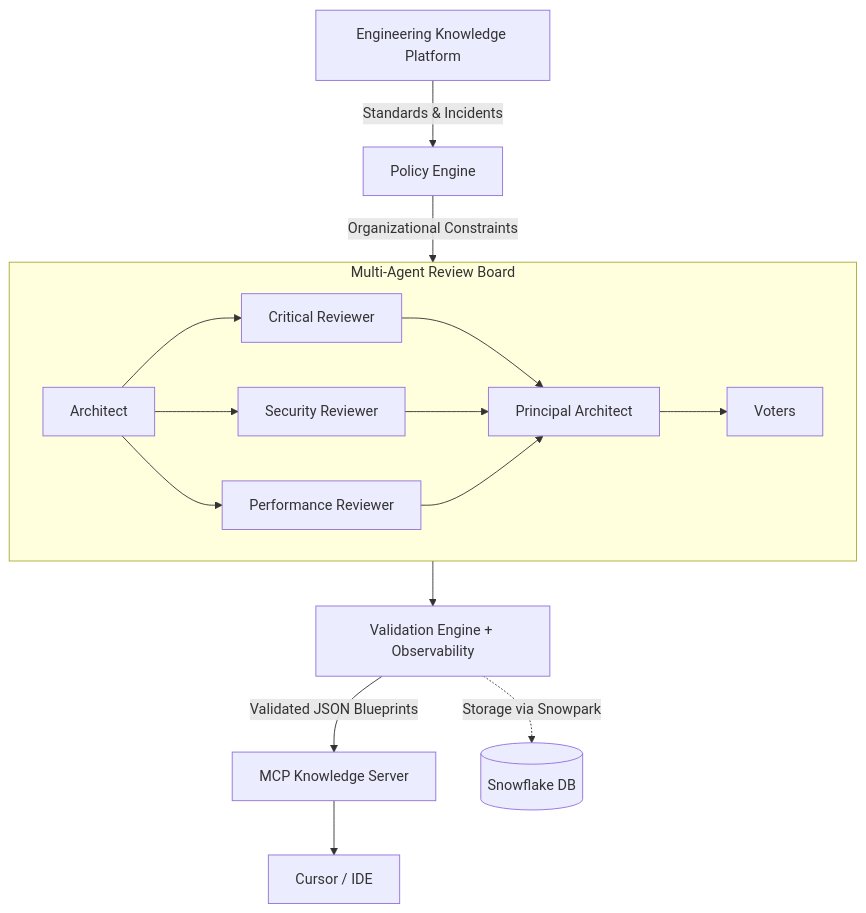
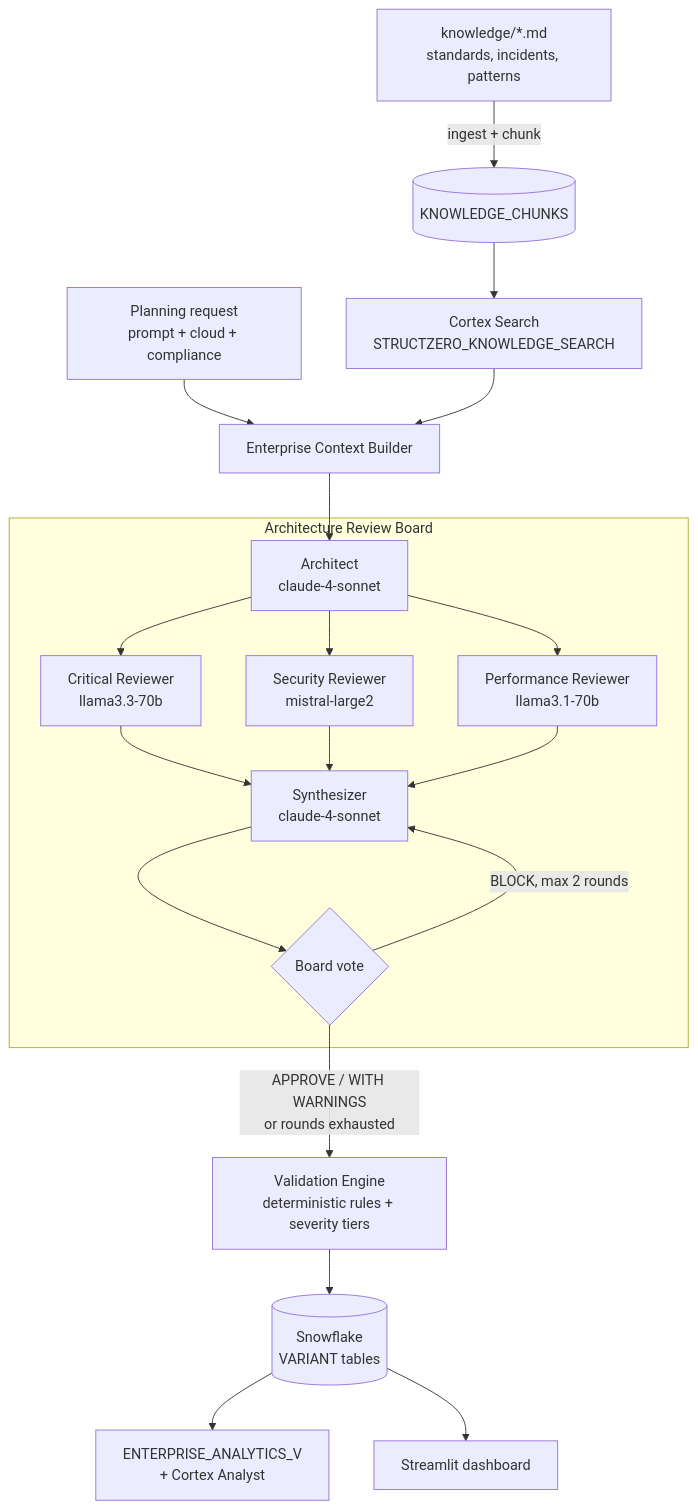
The diagram in README.md (vishalvermauts/StructZero-Enterprise-Engineering-Intelligence-Platform), drawn with Mermaid before and after one commit. The commit also changed other lines of this file and 25 other files, not shown here.

````diff
--- a/README.md
+++ b/README.md
@@ -11,20 +55,25 @@
 ```mermaid
 flowchart TD
-    KP[Engineering Knowledge Platform] -->|Standards & Incidents| PE[Policy Engine]
-    PE -->|Organizational Constraints| ARB[Enterprise Architecture Review Board]
-    
-    subgraph ARB [Multi-Agent Review Board]
-        A[Architect] --> CR[Critical Reviewer]
-        A --> SR[Security Reviewer]
-        A --> PR[Performance Reviewer]
-        CR --> PA[Principal Architect]
-        SR --> PA
-        PR --> PA
-        PA --> V[Voters]
+    KB[knowledge/*.md<br/>standards, incidents, patterns] -->|ingest + chunk| KC[(KNOWLEDGE_CHUNKS)]
+    KC --> CS[Cortex Search<br/>STRUCTZERO_KNOWLEDGE_SEARCH]
+    REQ[Planning request<br/>prompt + cloud + compliance] --> CTX[Enterprise Context Builder]
+    CS --> CTX
+
+    CTX --> ARCH[Architect<br/>claude-4-sonnet]
+
+    subgraph BOARD [Architecture Review Board]
+        ARCH --> CR[Critical Reviewer<br/>llama3.3-70b]
+        ARCH --> SR[Security Reviewer<br/>mistral-large2]
+        ARCH --> PR[Performance Reviewer<br/>llama3.1-70b]
+        CR --> SYN[Synthesizer<br/>claude-4-sonnet]
+        SR --> SYN
+        PR --> SYN
+        SYN --> VOTE{Board vote}
+        VOTE -->|BLOCK, max 2 rounds| SYN
     end
-    
-    ARB --> VE[Validation Engine + Observability]
-    VE -->|Validated JSON Blueprints| MCP[MCP Knowledge Server]
-    VE -.->|Storage via Snowpark| SF[(Snowflake DB)]
-    MCP --> IDE[Cursor / IDE]
+
+    VOTE -->|APPROVE / WITH WARNINGS<br/>or rounds exhausted| VAL[Validation Engine<br/>deterministic rules + severity tiers]
+    VAL --> STORE[(Snowflake<br/>VARIANT tables)]
+    STORE --> ANALYTICS[ENTERPRISE_ANALYTICS_V<br/>+ Cortex Analyst]
+    STORE --> UI[Streamlit dashboard]
 ```
````
